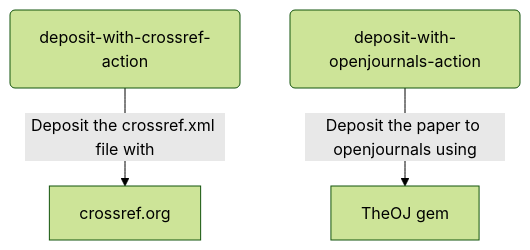
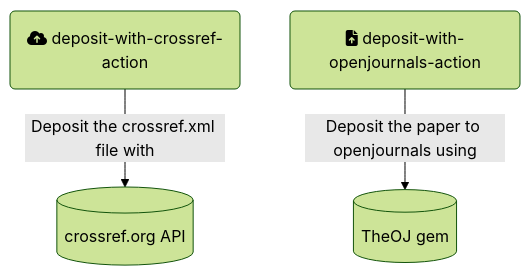
Before and after one commit to openjournals/joss-infra-docs: the fourth of 6 diagrams in github-actions.md, drawn with Mermaid (forest theme). The commit also changed other lines of this file, not shown here.

````diff
--- a/github-actions.md
+++ b/github-actions.md
@@ -58,11 +58,11 @@
 ```mermaid
 flowchart TD
-  DEPOSIT-CROSSREF(deposit-with-crossref-action)
-  DEPOSIT-OJ(deposit-with-openjournals-action)
+  DEPOSIT-CROSSREF(fa:fa-cloud-upload deposit-with-crossref-action)
+  DEPOSIT-OJ(fa:fa-file-upload deposit-with-openjournals-action)
   
-  Openjournals[TheOJ gem]
-  Crossref[crossref.org]
+  Openjournals[(TheOJ gem)]
+  Crossref[(crossref.org API)]
     
   DEPOSIT-OJ --> |Deposit the paper to openjournals using| Openjournals
   DEPOSIT-CROSSREF --> |Deposit the crossref.xml file with| Crossref
 ```
````
